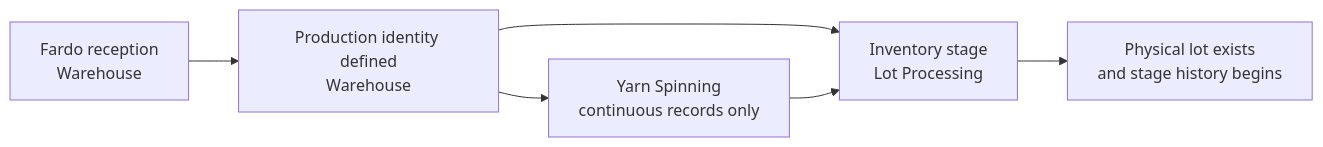
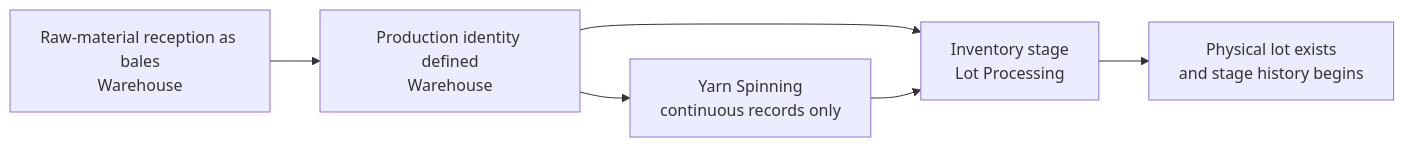
One commit to luiscm17/yarn-epr changed the second of 3 diagrams in docs/architecture/backend.md. Above: the diagram before and after it, drawn with Mermaid. The commit also changed other lines of this file and 3 other files, not shown here.

Commit message:
docs(arch): align terminology with PRDs across architecture docs

````diff
--- a/docs/architecture/backend.md
+++ b/docs/architecture/backend.md
@@ -358,8 +366,8 @@
 ```mermaid
 flowchart LR
-    F[Fardo reception\nWarehouse] --> ID[Production identity defined\nWarehouse]
+    F[Raw-material reception as bales\nWarehouse] --> ID[Production identity defined\nWarehouse]
     ID --> YS[Yarn Spinning\ncontinuous records only]
     ID --> INV[Inventory stage\nLot Processing]
     YS --> INV
     INV --> LOT[Physical lot exists\nand stage history begins]
 ```
````
